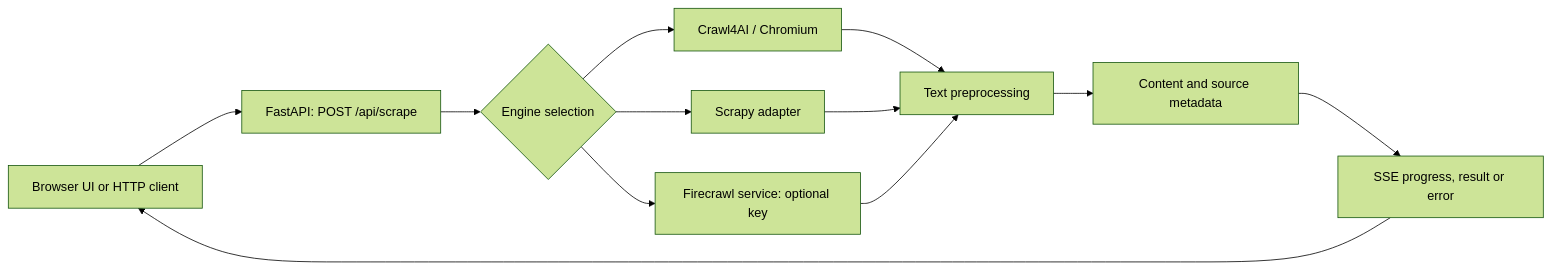
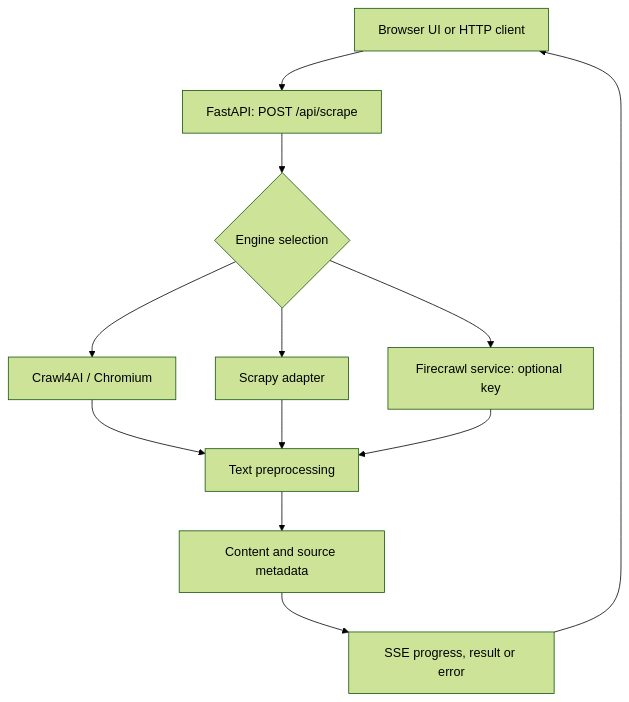
One commit to anudeepadi/web-extract-api changed the diagram in README.md. Above: the diagram before and after it, drawn with Mermaid (forest theme).

Commit message:
docs: improve architecture diagram readability

````diff
--- a/README.md
+++ b/README.md
@@ -23,14 +23,14 @@
 ```mermaid
-flowchart LR
+flowchart TD
     Client["Browser UI or HTTP client"] --> API["FastAPI: POST /api/scrape"]
     API --> Select{"Engine selection"}
     Select --> Crawl["Crawl4AI / Chromium"]
     Select --> Scrapy["Scrapy adapter"]
     Select --> Firecrawl["Firecrawl service: optional key"]
     Crawl --> Clean["Text preprocessing"]
     Scrapy --> Clean
     Firecrawl --> Clean
     Clean --> Result["Content and source metadata"]
     Result --> SSE["SSE progress, result or error"]
     SSE --> Client
 ```
````
